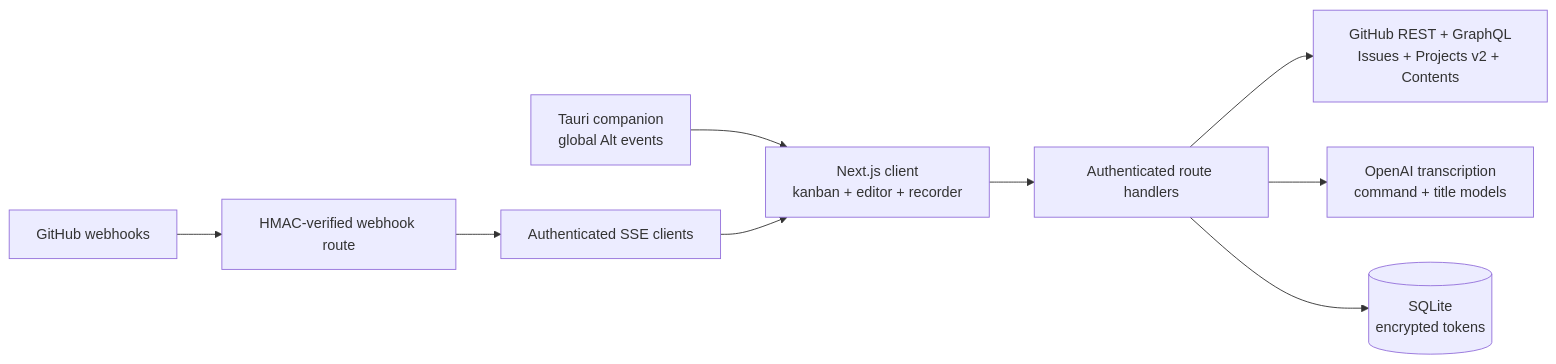
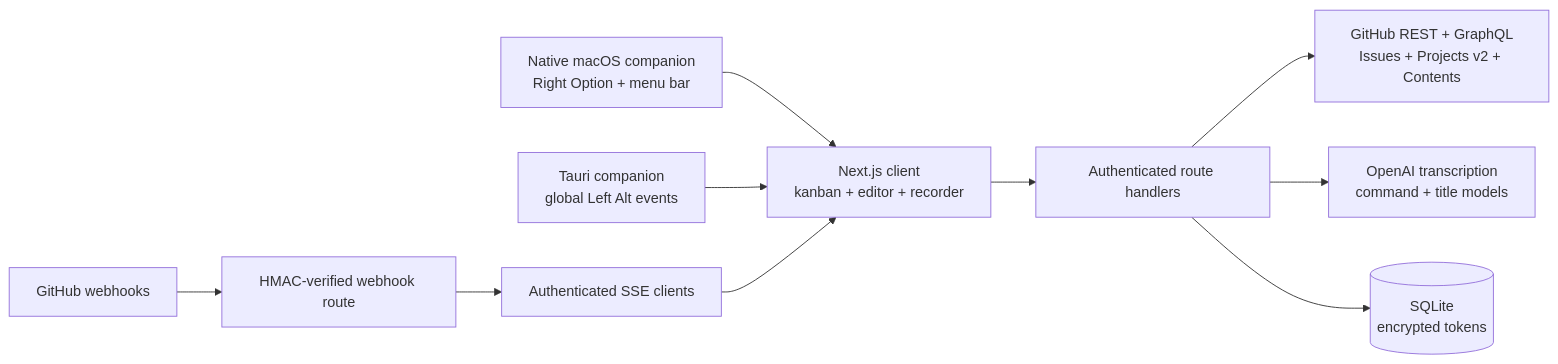
One commit to AgencyAI-one/GIT_Master changed the diagram in README-UA.md. Above: the diagram before and after it, drawn with Mermaid. The commit also changed other lines of this file and 34 other files, not shown here.

Commit message:
feat: add native macOS companion

````diff
--- a/README-UA.md
+++ b/README-UA.md
@@ -325,11 +344,12 @@
 ```mermaid
 flowchart LR
   Browser[Next.js client\nkanban + editor + recorder] --> API[Authenticated route handlers]
-  Desktop[Tauri companion\nglobal Alt events] --> Browser
+  NativeMac[Native macOS companion\nRight Option + menu bar] --> Browser
+  Tauri[Tauri companion\nglobal Left Alt events] --> Browser
   GitHubHook[GitHub webhooks] --> Hook[HMAC-verified webhook route]
   Hook --> SSE[Authenticated SSE clients]
   SSE --> Browser
   API --> GitHub[GitHub REST + GraphQL\nIssues + Projects v2 + Contents]
   API --> Voice[OpenAI transcription\ncommand + title models]
   API --> SQLite[(SQLite\nencrypted tokens)]
 ```
````
